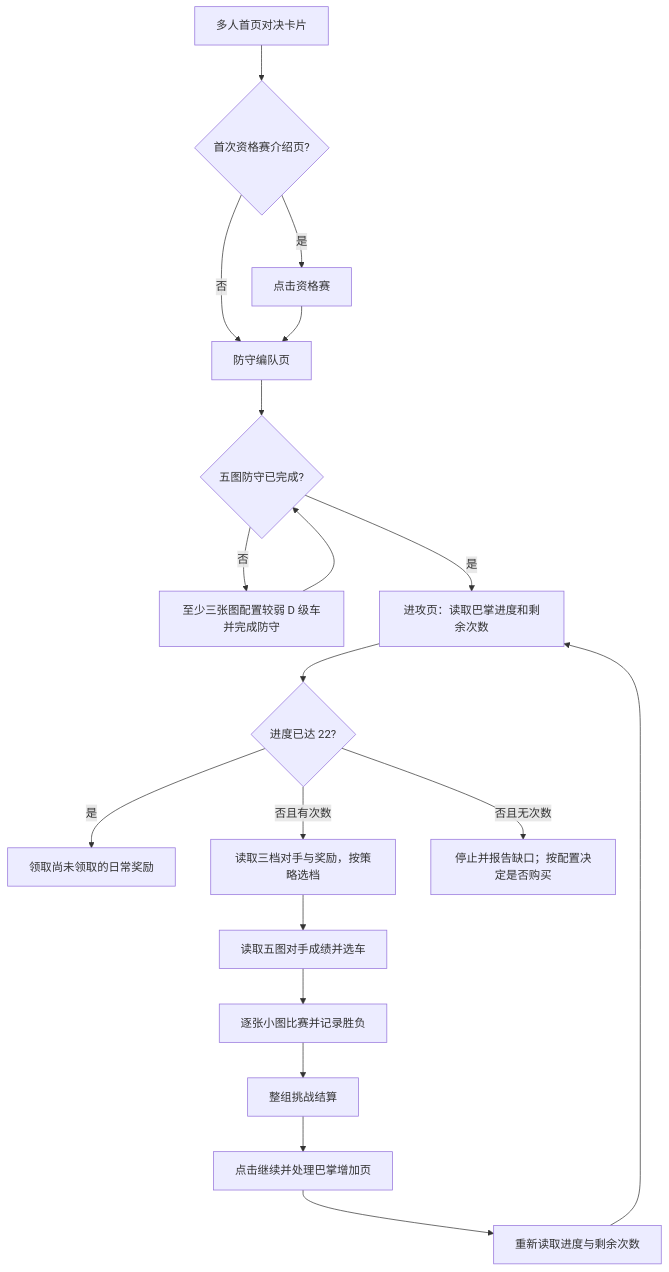
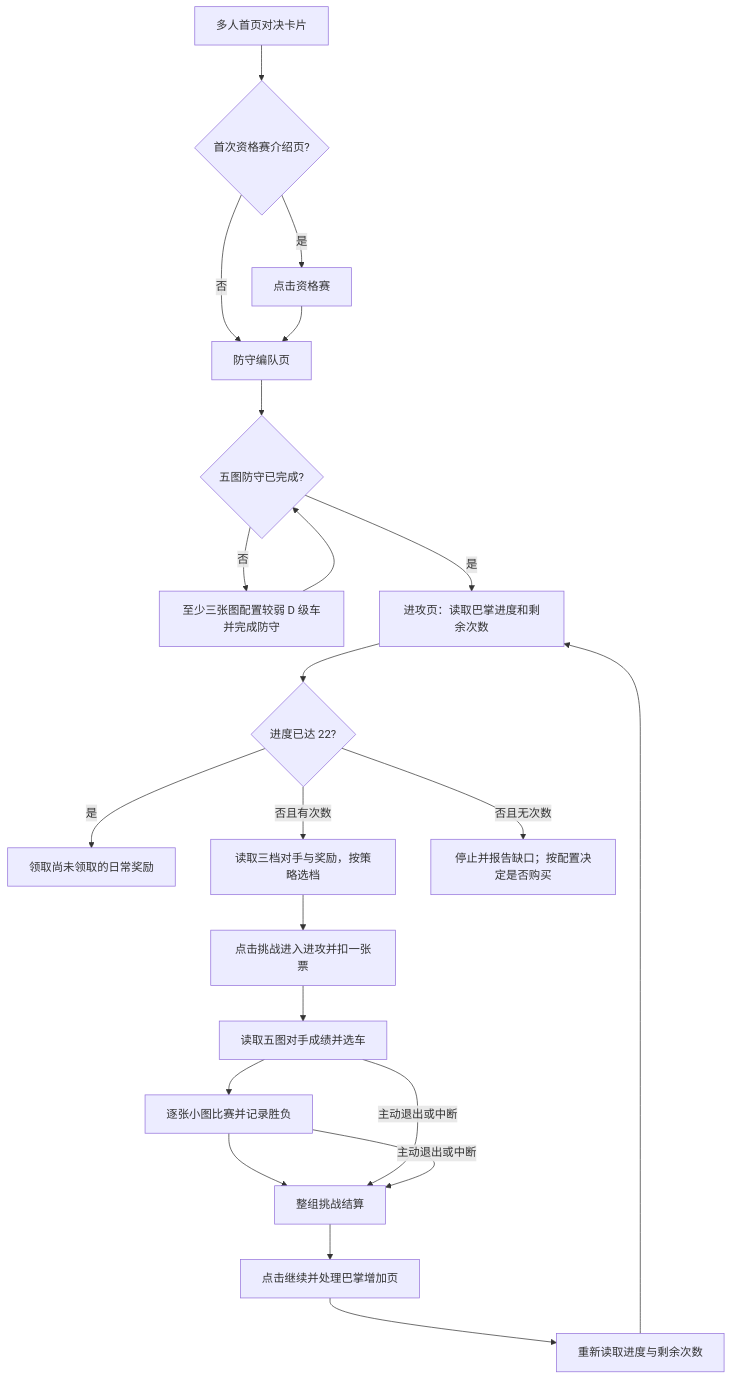
Before and after one commit to Testiphi/MA9: the diagram in docs/zh_cn/develop/duel_daily_model.md, drawn with Mermaid. The commit also changed other lines of this file and 33 other files, not shown here.

````diff
--- a/docs/zh_cn/develop/duel_daily_model.md
+++ b/docs/zh_cn/develop/duel_daily_model.md
@@ -30,21 +38,24 @@
 ```mermaid
 flowchart TD
     A[多人首页对决卡片] --> B{首次资格赛介绍页?}
     B -->|是| C[点击资格赛]
     B -->|否| D[防守编队页]
     C --> D
     D --> E{五图防守已完成?}
     E -->|否| F[至少三张图配置较弱 D 级车并完成防守]
     F --> E
     E -->|是| G[进攻页：读取巴掌进度和剩余次数]
     G --> H{进度已达 22?}
     H -->|是| I[领取尚未领取的日常奖励]
     H -->|否且有次数| J[读取三档对手与奖励，按策略选档]
-    J --> K[读取五图对手成绩并选车]
+    J --> T[点击挑战进入进攻并扣一张票]
+    T --> K[读取五图对手成绩并选车]
     K --> N[逐张小图比赛并记录胜负]
     N --> O[整组挑战结算]
+    K -->|主动退出或中断| O
+    N -->|主动退出或中断| O
     O --> P[点击继续并处理巴掌增加页]
     P --> L[重新读取进度与剩余次数]
     L --> G
     H -->|否且无次数| M[停止并报告缺口；按配置决定是否购买]
 ```
````
